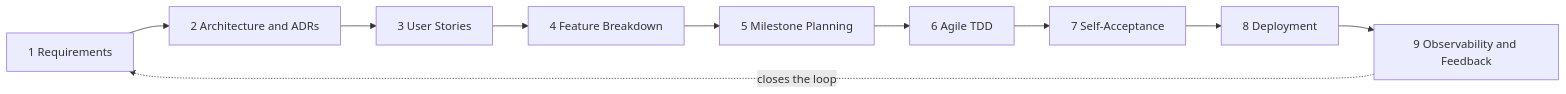
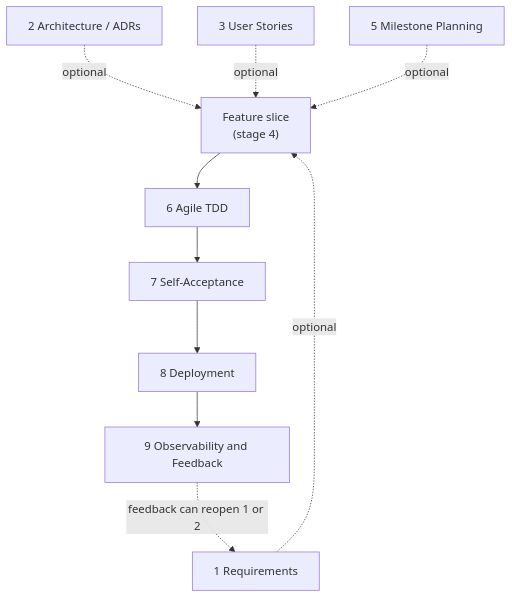
One commit to Caesarlo/sdlc-harness changed the second of 2 diagrams in README.md. Above: the diagram before and after it, drawn with Mermaid. The commit also changed other lines of this file and 6 other files, not shown here.

````diff
--- a/README.md
+++ b/README.md
@@ -190,12 +195,13 @@
 ```mermaid
-flowchart LR
-    A["1 Requirements"] --> B["2 Architecture and ADRs"]
-    B --> C["3 User Stories"]
-    C --> D["4 Feature Breakdown"]
-    D --> E["5 Milestone Planning"]
-    E --> F["6 Agile TDD"]
+flowchart TB
+    Slice["Feature slice\n(stage 4)"]
+    A["1 Requirements"] -.optional.-> Slice
+    B["2 Architecture / ADRs"] -.optional.-> Slice
+    C["3 User Stories"] -.optional.-> Slice
+    E["5 Milestone Planning"] -.optional.-> Slice
+    Slice --> F["6 Agile TDD"]
     F --> G["7 Self-Acceptance"]
     G --> H["8 Deployment"]
     H --> I["9 Observability and Feedback"]
-    I -."closes the loop".-> A
+    I -."feedback can reopen 1 or 2".-> A
 ```
````
